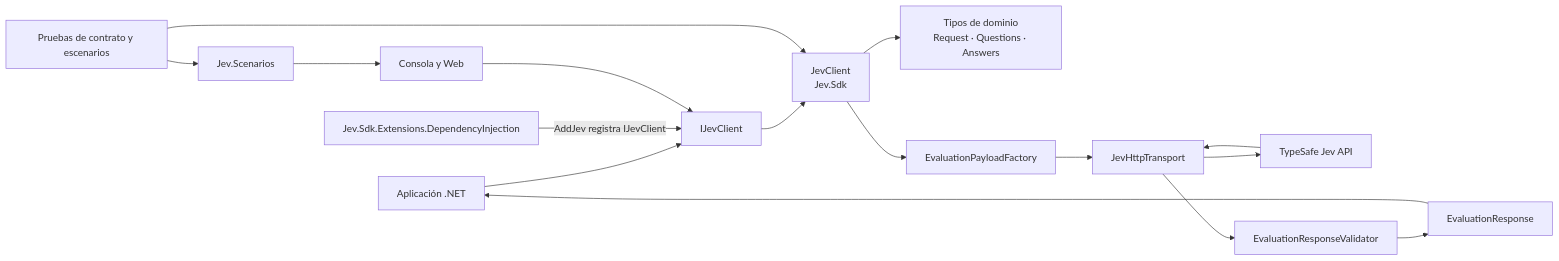
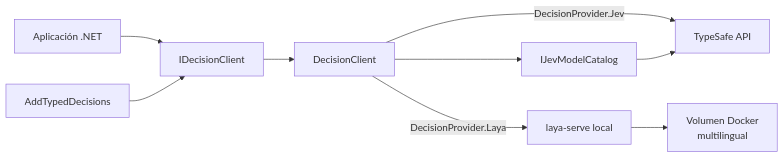
The diagram in docs/wiki/architecture.md (adelaserna82/jev-model-net-sdk), drawn with Mermaid before and after one commit. The commit also changed other lines of this file and 71 other files, not shown here.

Commit message:
Evolve SDK to TypedDecisions with local Laya support

````diff
--- a/docs/wiki/architecture.md
+++ b/docs/wiki/architecture.md
@@ -7,18 +3,11 @@
 ```mermaid
 flowchart LR
-    App[Aplicación .NET] --> Api[IJevClient]
-    Api --> Client[JevClient\nJev.Sdk]
-    DI[Jev.Sdk.Extensions.DependencyInjection] -->|AddJev registra IJevClient| Api
-    Client --> Domain[Tipos de dominio\nRequest · Questions · Answers]
-    Client --> Factory[EvaluationPayloadFactory]
-    Factory --> Transport[JevHttpTransport]
-    Transport --> Service[TypeSafe Jev API]
-    Service --> Transport
-    Transport --> Validator[EvaluationResponseValidator]
-    Validator --> Result[EvaluationResponse]
-    Result --> App
-    Samples[Consola y Web] --> Api
-    Scenarios[Jev.Scenarios] --> Samples
-    Tests[Pruebas de contrato y escenarios] --> Client
-    Tests --> Scenarios
+    App[Aplicación .NET] --> API[IDecisionClient]
+    DI[AddTypedDecisions] --> API
+    API --> Client[DecisionClient]
+    Client -->|DecisionProvider.Jev| Jev[TypeSafe API]
+    Client -->|DecisionProvider.Laya| Laya[laya-serve local]
+    Client --> Catalog[IJevModelCatalog]
+    Catalog --> Jev
+    Laya --> Weights[Volumen Docker\nmultilingual]
 ```
````
